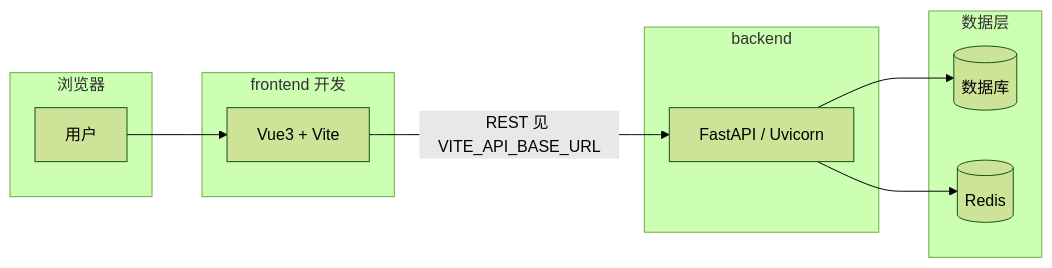
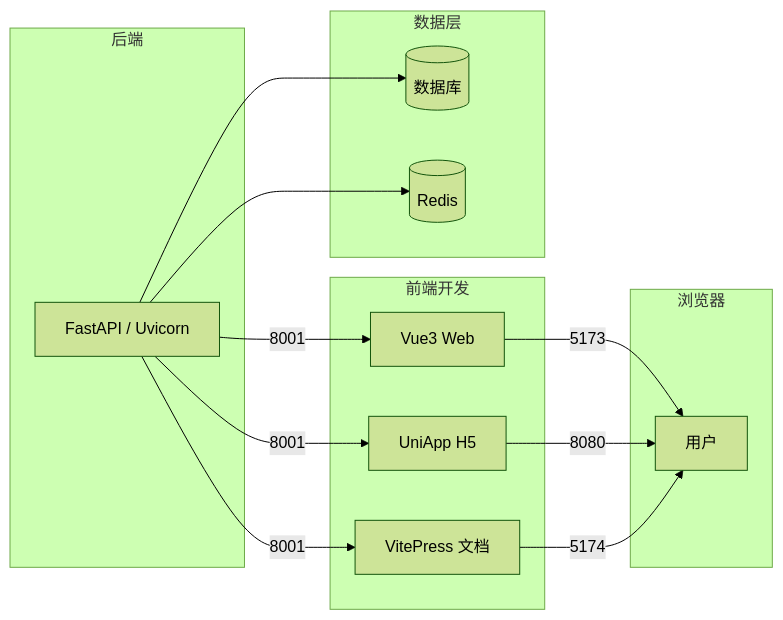
One commit to fastapiadmin/FastapiAdmin changed the diagram in README.md. Above: the diagram before and after it, drawn with Mermaid (forest theme). The commit also changed other lines of this file and 1007 other files, not shown here.

````diff
--- a/README.md
+++ b/README.md
@@ -114,20 +121,22 @@
 ```mermaid
 flowchart LR
   subgraph client[浏览器]
     U[用户]
   end
-  subgraph fe[frontend 开发]
-    V[Vue3 + Vite]
+  subgraph fe[前端开发]
+    V[Vue3 Web] -->|5173| U
+    A[UniApp H5] -->|8080| U
+    D[VitePress 文档] -->|5174| U
   end
-  subgraph be[backend]
-    A[FastAPI / Uvicorn]
+  subgraph be[后端]
+    F[FastAPI / Uvicorn] -->|8001| V
+    F -->|8001| A
+    F -->|8001| D
   end
   subgraph data[数据层]
     DB[(数据库)]
     R[(Redis)]
   end
-  U --> V
-  V -->|REST 见 VITE_API_BASE_URL| A
-  A --> DB
-  A --> R
+  F --> DB
+  F --> R
 ```
````
